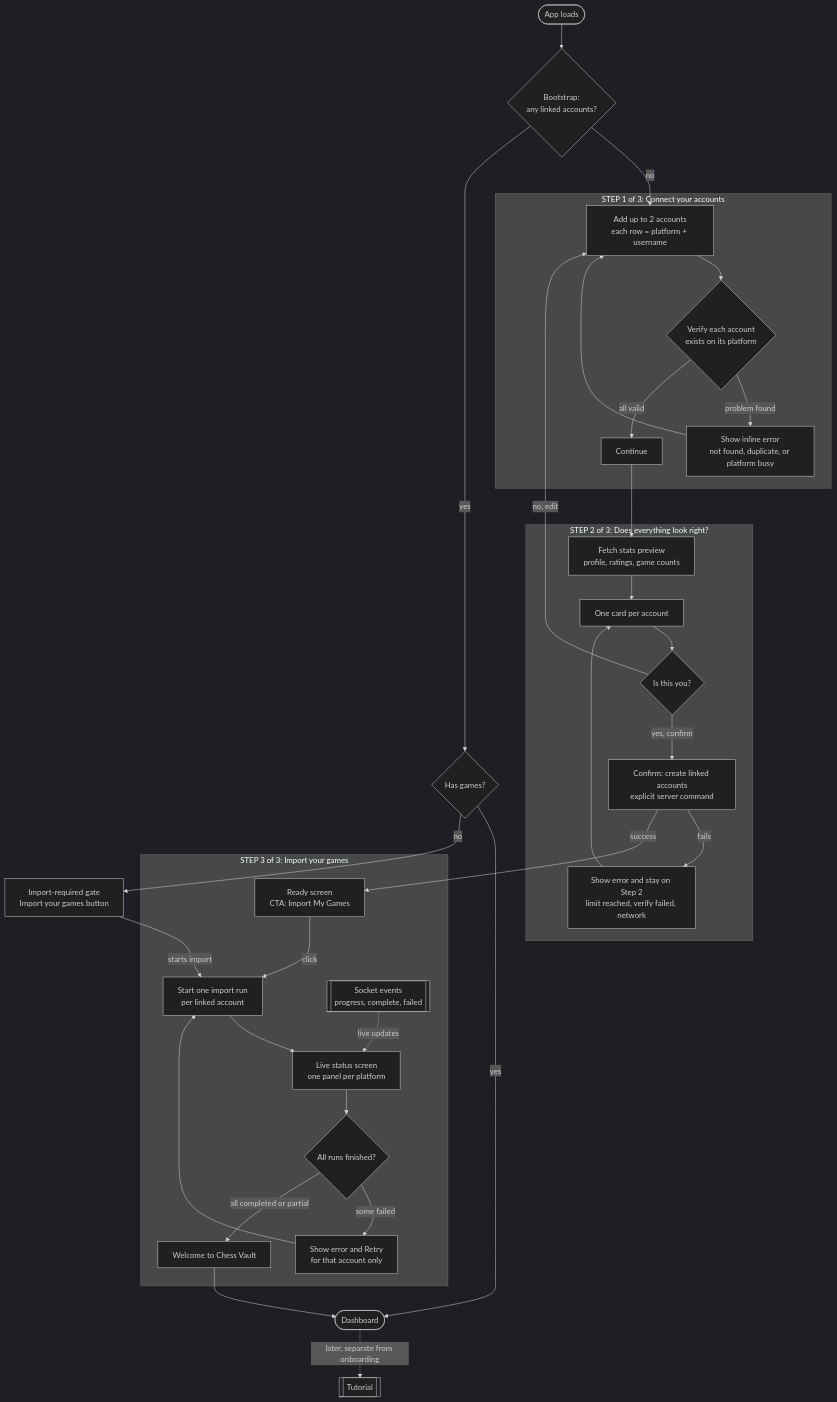
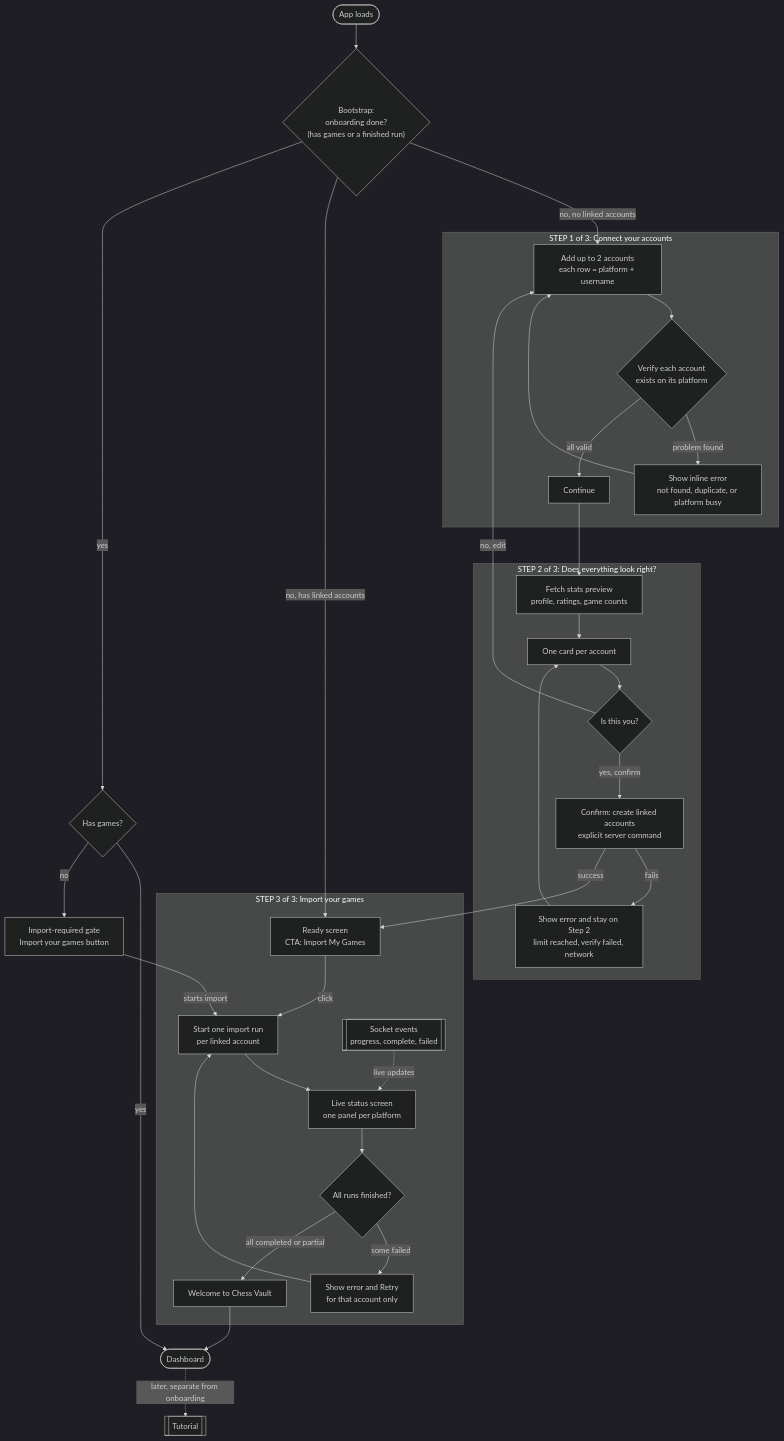
Before and after one commit to Sultan2403/Chess-Vault: the diagram in Docs/ONBOARDING.md, drawn with Mermaid (dark theme). The commit also changed other lines of this file, not shown here.

Commit message:
docs: update onboarding flow design document and architecture specs

````diff
--- a/Docs/ONBOARDING.md
+++ b/Docs/ONBOARDING.md
@@ -13,56 +13,57 @@
 ```mermaid
 flowchart TD
     subgraph STEP1["STEP 1 of 3: Connect your accounts"]
         S1["Add up to 2 accounts<br/>each row = platform + username"]
         V1{"Verify each account<br/>exists on its platform"}
         S1E["Show inline error<br/>not found, duplicate, or platform busy"]
         C1["Continue"]
         S1 --> V1
         V1 -- "problem found" --> S1E
         S1E --> S1
         V1 -- "all valid" --> C1
     end
 
     subgraph STEP2["STEP 2 of 3: Does everything look right?"]
         S2["Fetch stats preview<br/>profile, ratings, game counts"]
         S2V["One card per account"]
         D2{"Is this you?"}
         LINK["Confirm: create linked accounts<br/>explicit server command"]
         S2E["Show error and stay on Step 2<br/>limit reached, verify failed, network"]
         S2 --> S2V
         S2V --> D2
         D2 -- "yes, confirm" --> LINK
         LINK -- "fails" --> S2E
         S2E --> S2V
     end
 
     subgraph STEP3["STEP 3 of 3: Import your games"]
         S3A["Ready screen<br/>CTA: Import My Games"]
         ENQ["Start one import run<br/>per linked account"]
         S3B["Live status screen<br/>one panel per platform"]
         EV[["Socket events<br/>progress, complete, failed"]]
         T{"All runs finished?"}
         RETRY["Show error and Retry<br/>for that account only"]
         WEL["Welcome to Chess Vault"]
         S3A -- "click" --> ENQ
         ENQ --> S3B
         EV -. "live updates" .-> S3B
         S3B --> T
         T -- "some failed" --> RETRY
         RETRY --> ENQ
         T -- "all completed or partial" --> WEL
     end
 
-    A(["App loads"]) --> B{"Bootstrap:<br/>any linked accounts?"}
-    B -- "no" --> S1
+    A(["App loads"]) --> B{"Bootstrap:<br/>onboarding done?<br/>(has games or a finished run)"}
+    B -- "no, no linked accounts" --> S1
+    B -- "no, has linked accounts" --> S3A
     B -- "yes" --> G{"Has games?"}
     G -- "yes" --> DASH(["Dashboard"])
     G -- "no" --> GATE["Import-required gate<br/>Import your games button"]
     GATE -- "starts import" --> ENQ
 
     C1 --> S2
     D2 -- "no, edit" --> S1
     LINK -- "success" --> S3A
     WEL --> DASH
     DASH -. "later, separate from onboarding" .-> TUT[["Tutorial"]]
 ```
````
